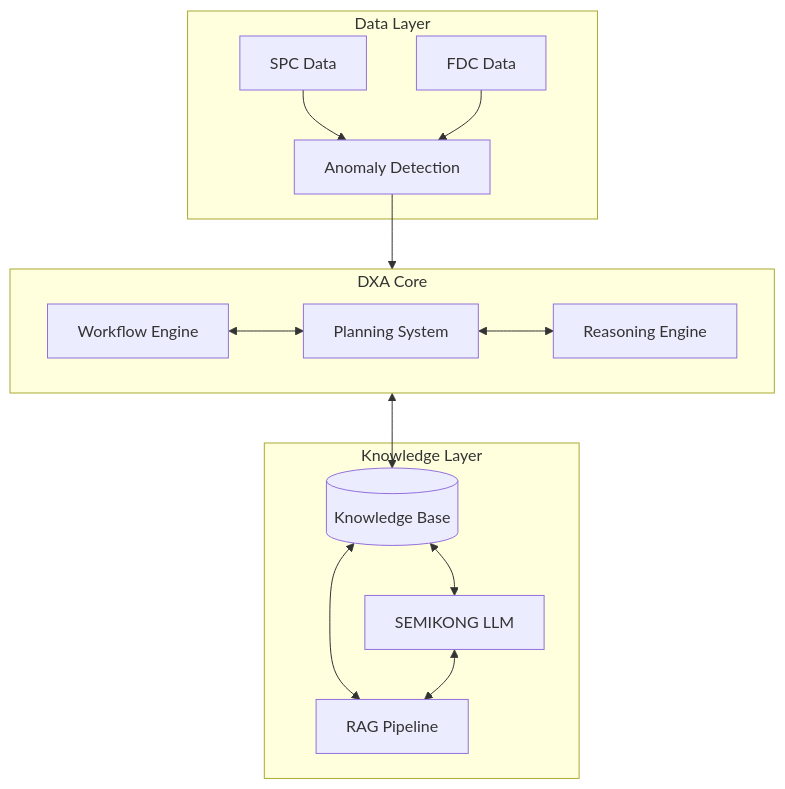
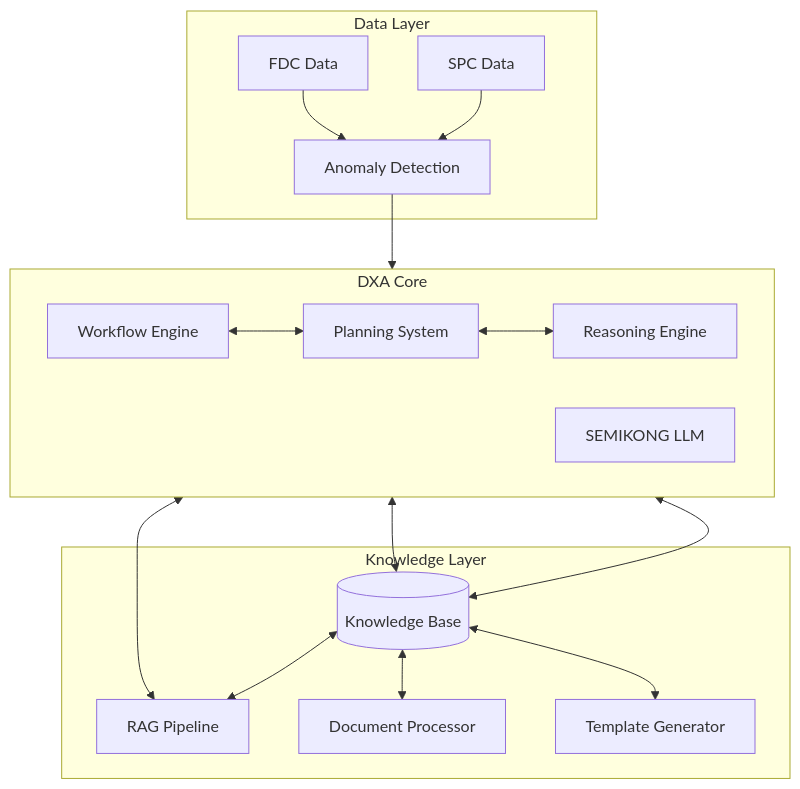
The second of 3 diagrams in docs/requirements/FAB-FAULT-DIAGNOSIS.md (aitomatic/dana), drawn with Mermaid before and after one commit. The commit also changed other lines of this file, not shown here.

````diff
--- a/docs/requirements/FAB-FAULT-DIAGNOSIS.md
+++ b/docs/requirements/FAB-FAULT-DIAGNOSIS.md
@@ -174,28 +174,32 @@
 ```mermaid
 graph TB
     subgraph "Data Layer"
         SPC[SPC Data]
         FDC[FDC Data]
         AD[Anomaly Detection]
     end
     subgraph "DXA Core"
         direction LR
         WF[Workflow Engine]
         PS[Planning System]
         RE[Reasoning Engine]
+        SEMI[SEMIKONG LLM]
     end
     subgraph "Knowledge Layer"
         KB[(Knowledge Base)]
-        SEMI[SEMIKONG LLM]
         RAG[RAG Pipeline]
+        DP[Document Processor]
+        TG[Template Generator]
     end
     SPC --> AD
     FDC --> AD
     AD --> WF
     WF <--> PS
     PS <--> RE
     RE <--> KB
     KB <--> SEMI
     KB <--> RAG
     SEMI <--> RAG
+    KB <--> DP
+    KB <--> TG
 ```
````
